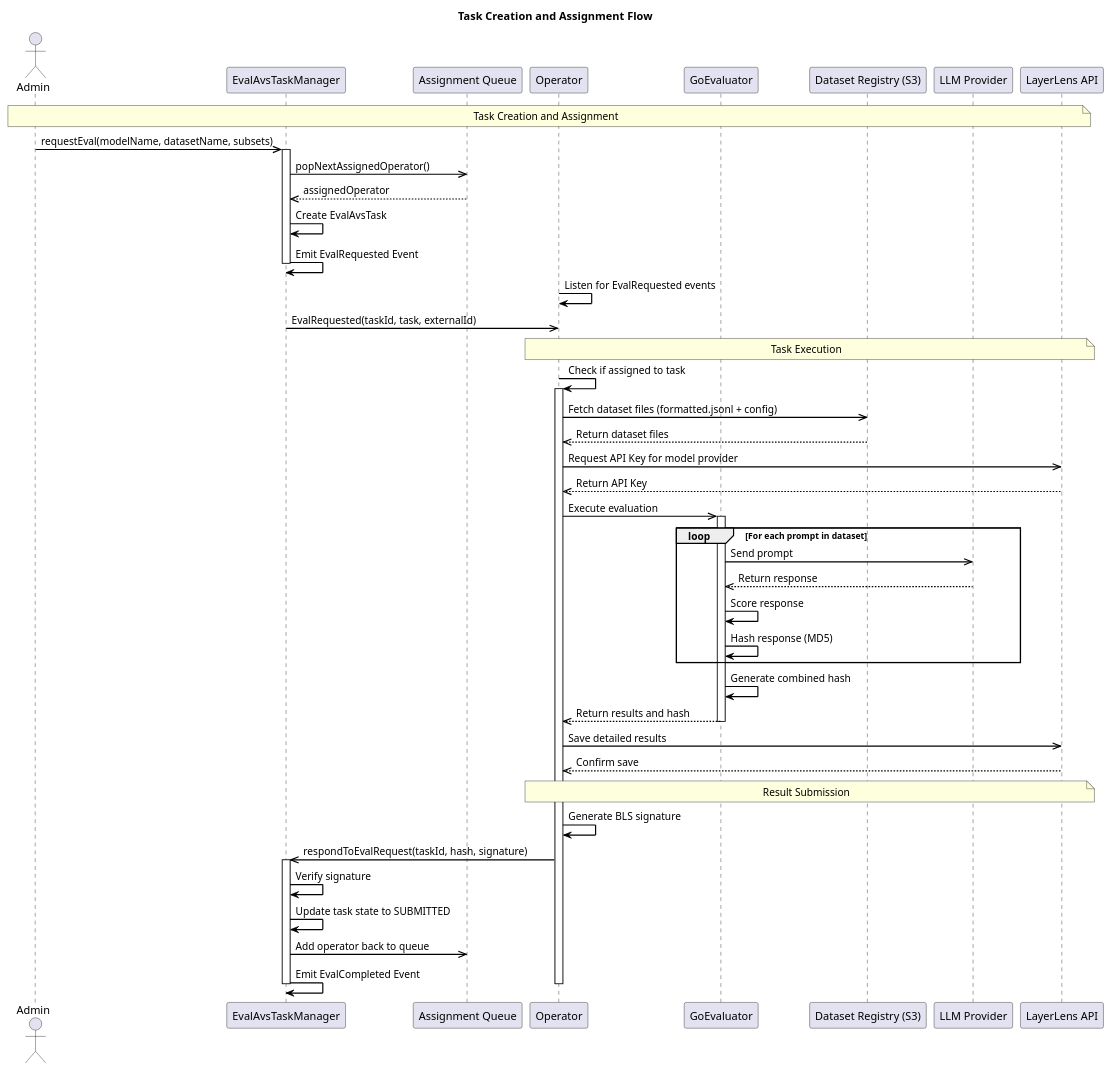
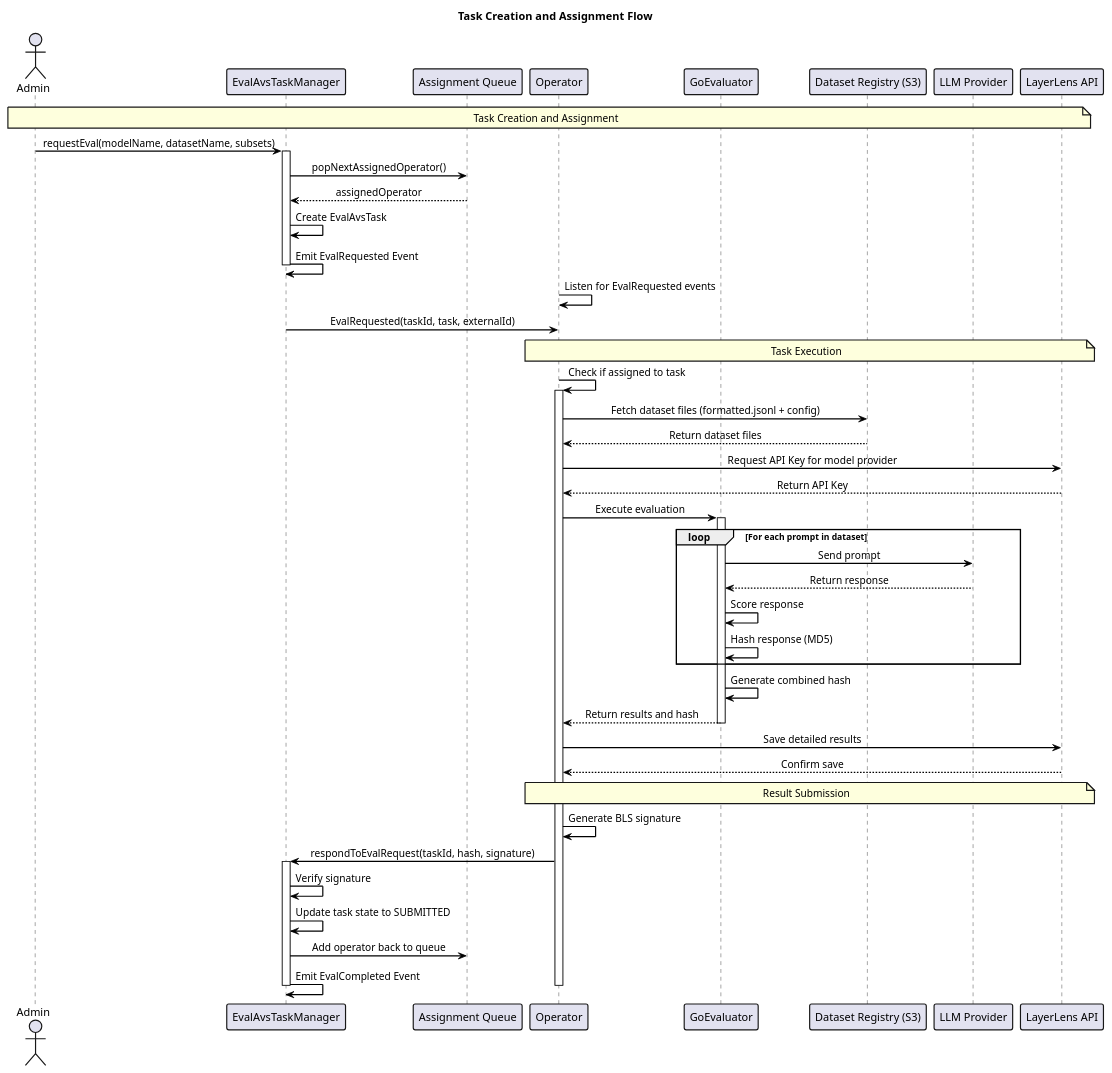
Before and after one commit to k-g-j/ll-sequence-diagrams: the diagram in plantuml-diagrams/avs-task-flow.puml, drawn with PlantUML. The commit also changed 16 other files, not shown here.

Commit message:
Fix arrow rendering issues in PlantUML diagrams

```diff
--- a/plantuml-diagrams/avs-task-flow.puml
+++ b/plantuml-diagrams/avs-task-flow.puml
@@ -1,68 +1,81 @@
 @startuml
-skinparam sequenceMessageAlign center
+' Use improved sequence diagram styling
 skinparam backgroundColor white
 skinparam handwritten false
+skinparam linetype ortho
+
+' Fix arrow styling
 skinparam ArrowColor black
+skinparam ArrowThickness 1.5
 skinparam SequenceArrowThickness 1.5
-skinparam SequenceMessageAlignment left
+
+' Fix message alignment
+skinparam sequenceMessageAlign direction
+skinparam SequenceMessageAlignment center
+
+' Improve participant styling
+skinparam ParticipantBorderThickness 1.5
+skinparam DatabaseBorderThickness 1.5
+skinparam ActorBorderThickness 1.5
+skinparam NoteBorderThickness 1.5
 
 title Task Creation and Assignment Flow
 
 actor Admin
 participant "EvalAvsTaskManager" as TaskManager
 participant "Assignment Queue" as Queue
 participant "Operator" as Operator
 participant "GoEvaluator" as GoEvaluator
 participant "Dataset Registry (S3)" as S3
 participant "LLM Provider" as LLM
 participant "LayerLens API" as API
 
 note over Admin, API: Task Creation and Assignment
 
-Admin ->> TaskManager: requestEval(modelName, datasetName, subsets)
+Admin -> TaskManager: requestEval(modelName, datasetName, subsets)
 activate TaskManager
-TaskManager ->> Queue: popNextAssignedOperator()
-Queue -->> TaskManager: assignedOperator
+TaskManager -> Queue: popNextAssignedOperator()
+Queue --> TaskManager: assignedOperator
 TaskManager -> TaskManager: Create EvalAvsTask
 TaskManager -> TaskManager: Emit EvalRequested Event
 deactivate TaskManager
 
 Operator -> Operator: Listen for EvalRequested events
-TaskManager ->> Operator: EvalRequested(taskId, task, externalId)
+TaskManager -> Operator: EvalRequested(taskId, task, externalId)
 
 note over Operator, API: Task Execution
 
 Operator -> Operator: Check if assigned to task
 activate Operator
-Operator ->> S3: Fetch dataset files (formatted.jsonl + config)
-S3 -->> Operator: Return dataset files
-Operator ->> API: Request API Key for model provider
-API -->> Operator: Return API Key
-Operator ->> GoEvaluator: Execute evaluation
+Operator -> S3: Fetch dataset files (formatted.jsonl + config)
+S3 --> Operator: Return dataset files
+Operator -> API: Request API Key for model provider
+API --> Operator: Return API Key
+Operator -> GoEvaluator: Execute evaluation
 
 activate GoEvaluator
 loop For each prompt in dataset
-    GoEvaluator ->> LLM: Send prompt
-    LLM -->> GoEvaluator: Return response
+    GoEvaluator -> LLM: Send prompt
+    LLM --> GoEvaluator: Return response
     GoEvaluator -> GoEvaluator: Score response
     GoEvaluator -> GoEvaluator: Hash response (MD5)
 end
 GoEvaluator -> GoEvaluator: Generate combined hash
-GoEvaluator -->> Operator: Return results and hash
+GoEvaluator --> Operator: Return results and hash
 deactivate GoEvaluator
 
-Operator ->> API: Save detailed results
-API -->> Operator: Confirm save
+Operator -> API: Save detailed results
+API --> Operator: Confirm save
 
 note over Operator, API: Result Submission
 
 Operator -> Operator: Generate BLS signature
-Operator ->> TaskManager: respondToEvalRequest(taskId, hash, signature)
+Operator -> TaskManager: respondToEvalRequest(taskId, hash, signature)
 activate TaskManager
 TaskManager -> TaskManager: Verify signature
 TaskManager -> TaskManager: Update task state to SUBMITTED
-TaskManager ->> Queue: Add operator back to queue
+TaskManager -> Queue: Add operator back to queue
 TaskManager -> TaskManager: Emit EvalCompleted Event
 deactivate TaskManager
 deactivate Operator
 @enduml
```
